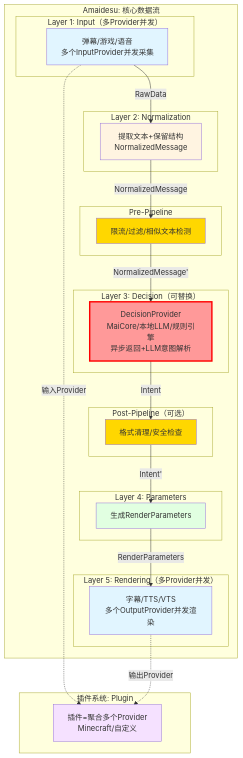
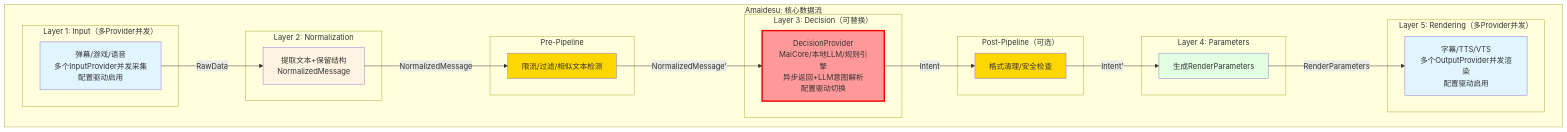
The diagram in refactor/design/layer_refactoring.md (Mai-with-u/Amaidesu), drawn with Mermaid before and after one commit. The commit also changed other lines of this file and 13 other files, not shown here.

````diff
--- a/refactor/design/layer_refactoring.md
+++ b/refactor/design/layer_refactoring.md
@@ -30,55 +30,47 @@
 ```mermaid
 graph TB
     subgraph "Amaidesu: 核心数据流"
         subgraph "Layer 1: Input（多Provider并发）"
-            InputLayer[弹幕/游戏/语音<br/>多个InputProvider并发采集]
+            InputLayer[弹幕/游戏/语音<br/>多个InputProvider并发采集<br/>配置驱动启用]
         end
 
         subgraph "Layer 2: Normalization"
             Normalization[提取文本+保留结构<br/>NormalizedMessage]
         end
 
         subgraph "Pre-Pipeline"
             PrePipeline[限流/过滤/相似文本检测]
         end
 
         subgraph "Layer 3: Decision（可替换）"
-            DecisionLayer[DecisionProvider<br/>MaiCore/本地LLM/规则引擎<br/>异步返回+LLM意图解析]
+            DecisionLayer[DecisionProvider<br/>MaiCore/本地LLM/规则引擎<br/>异步返回+LLM意图解析<br/>配置驱动切换]
         end
 
         subgraph "Post-Pipeline（可选）"
             PostPipeline[格式清理/安全检查]
         end
 
         subgraph "Layer 4: Parameters"
             ParametersLayer[生成RenderParameters]
         end
 
         subgraph "Layer 5: Rendering（多Provider并发）"
-            Rendering[字幕/TTS/VTS<br/>多个OutputProvider并发渲染]
+            Rendering[字幕/TTS/VTS<br/>多个OutputProvider并发渲染<br/>配置驱动启用]
         end
-    end
-
-    subgraph "插件系统: Plugin"
-        Plugins[插件=聚合多个Provider<br/>Minecraft/自定义]
     end
 
     InputLayer -->|"RawData"| Normalization
     Normalization -->|"NormalizedMessage"| PrePipeline
     PrePipeline -->|"NormalizedMessage'"| DecisionLayer
     DecisionLayer -->|"Intent"| PostPipeline
     PostPipeline -->|"Intent'"| ParametersLayer
     ParametersLayer -->|"RenderParameters"| Rendering
 
-    InputLayer -.输入Provider.-> Plugins
-    Rendering -.输出Provider.-> Plugins
-
     style InputLayer fill:#e1f5ff
     style Normalization fill:#fff4e1
     style PrePipeline fill:#ffd700
     style DecisionLayer fill:#ff9999,stroke:#ff0000,stroke-width:3px
     style PostPipeline fill:#ffd700
     style ParametersLayer fill:#e1ffe1
     style Rendering fill:#e1f5ff
-    style Plugins fill:#f5e1ff
 ```
````
